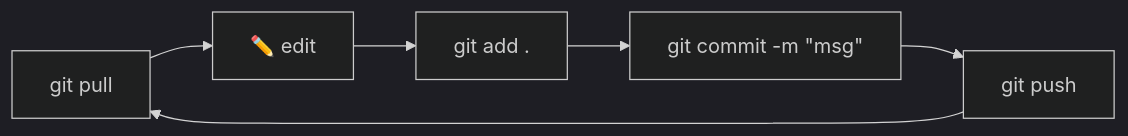
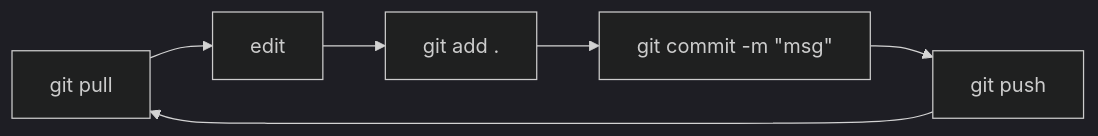
One commit to anasp07-hue/Github-Guide changed the diagram in info-vault/cheatsheet.md. Above: the diagram before and after it, drawn with Mermaid (dark theme). The commit also changed other lines of this file and 7 other files, not shown here.

````diff
--- a/info-vault/cheatsheet.md
+++ b/info-vault/cheatsheet.md
@@ -14,8 +14,8 @@
 ```mermaid
 flowchart LR
-    P["git pull"] --> E["✏️ edit"]
+    P["git pull"] --> E["edit"]
     E --> A["git add ."]
     A --> C["git commit -m #quot;msg#quot;"]
     C --> U["git push"]
     U --> P
 ```
````
